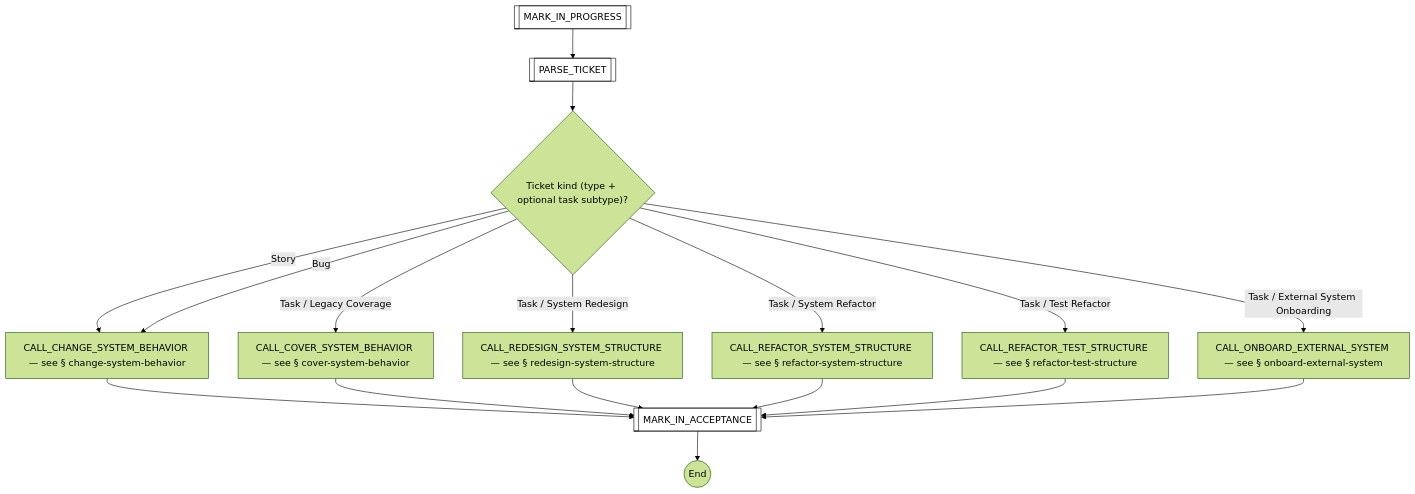
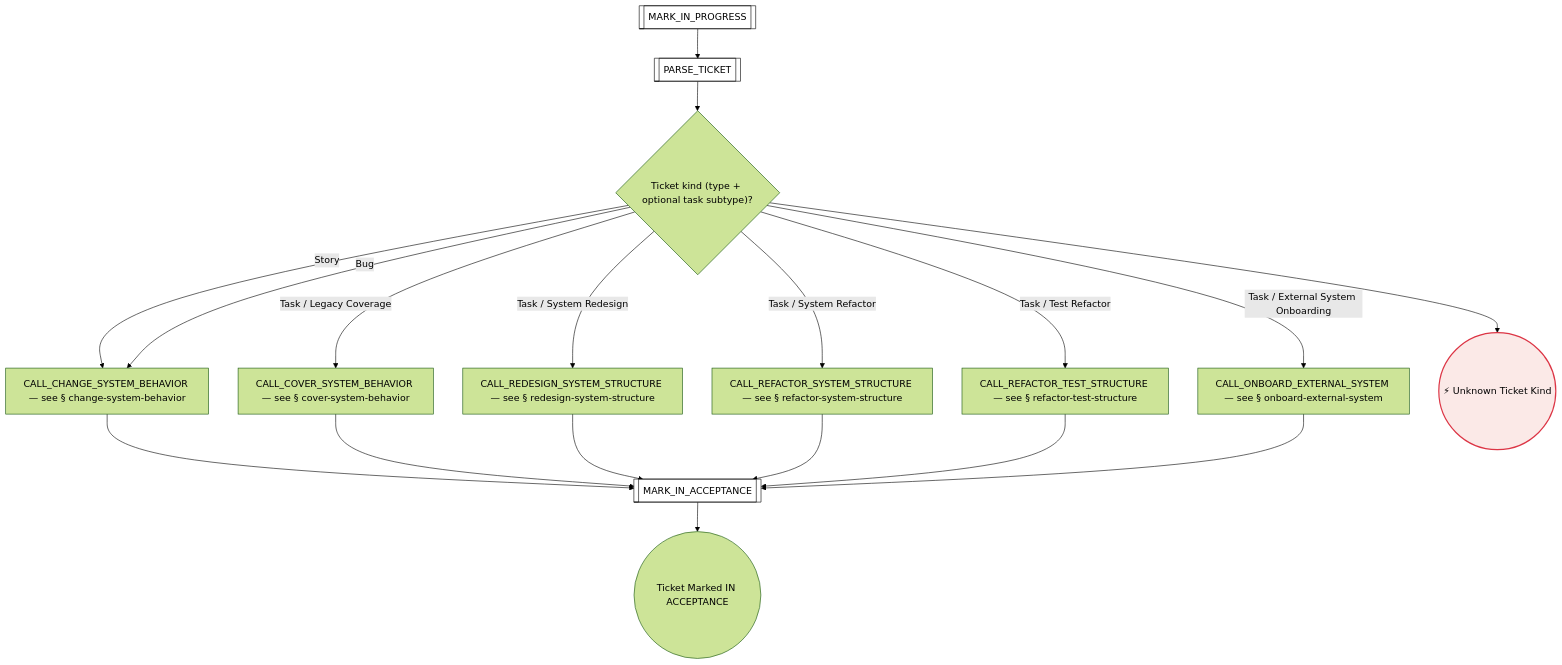
Before and after one commit to optivem/gh-optivem: the fourth of 50 diagrams in docs/process-diagram.md, drawn with Mermaid (forest theme). The commit also changed other lines of this file and 5 other files, not shown here.

````diff
--- a/docs/process-diagram.md
+++ b/docs/process-diagram.md
@@ -77,34 +95,39 @@
 ```mermaid
 flowchart TD
     CALL_CHANGE_SYSTEM_BEHAVIOR[CALL_CHANGE_SYSTEM_BEHAVIOR — see § change-system-behavior]
     CALL_COVER_SYSTEM_BEHAVIOR[CALL_COVER_SYSTEM_BEHAVIOR — see § cover-system-behavior]
     CALL_ONBOARD_EXTERNAL_SYSTEM[CALL_ONBOARD_EXTERNAL_SYSTEM — see § onboard-external-system]
     CALL_REDESIGN_SYSTEM_STRUCTURE[CALL_REDESIGN_SYSTEM_STRUCTURE — see § redesign-system-structure]
     CALL_REFACTOR_SYSTEM_STRUCTURE[CALL_REFACTOR_SYSTEM_STRUCTURE — see § refactor-system-structure]
     CALL_REFACTOR_TEST_STRUCTURE[CALL_REFACTOR_TEST_STRUCTURE — see § refactor-test-structure]
     GATE_TICKET_KIND{"Ticket kind (type + optional task subtype)?"}
-    IMPLEMENT_TICKET_END((End))
+    IMPLEMENT_TICKET_END((Ticket Marked IN ACCEPTANCE))
     MARK_IN_ACCEPTANCE[[MARK_IN_ACCEPTANCE]]
     MARK_IN_PROGRESS[[MARK_IN_PROGRESS]]
     PARSE_TICKET[[PARSE_TICKET]]
+    UNKNOWN_TICKET_KIND((⚡ Unknown Ticket Kind))
 
     MARK_IN_PROGRESS --> PARSE_TICKET
     PARSE_TICKET --> GATE_TICKET_KIND
     GATE_TICKET_KIND -- Story --> CALL_CHANGE_SYSTEM_BEHAVIOR
     GATE_TICKET_KIND -- Bug --> CALL_CHANGE_SYSTEM_BEHAVIOR
     GATE_TICKET_KIND -- Task / Legacy Coverage --> CALL_COVER_SYSTEM_BEHAVIOR
     GATE_TICKET_KIND -- Task / System Redesign --> CALL_REDESIGN_SYSTEM_STRUCTURE
     GATE_TICKET_KIND -- Task / System Refactor --> CALL_REFACTOR_SYSTEM_STRUCTURE
     GATE_TICKET_KIND -- Task / Test Refactor --> CALL_REFACTOR_TEST_STRUCTURE
     GATE_TICKET_KIND -- Task / External System Onboarding --> CALL_ONBOARD_EXTERNAL_SYSTEM
+    GATE_TICKET_KIND --> UNKNOWN_TICKET_KIND
     CALL_CHANGE_SYSTEM_BEHAVIOR --> MARK_IN_ACCEPTANCE
     CALL_COVER_SYSTEM_BEHAVIOR --> MARK_IN_ACCEPTANCE
     CALL_REDESIGN_SYSTEM_STRUCTURE --> MARK_IN_ACCEPTANCE
     CALL_REFACTOR_SYSTEM_STRUCTURE --> MARK_IN_ACCEPTANCE
     CALL_REFACTOR_TEST_STRUCTURE --> MARK_IN_ACCEPTANCE
     CALL_ONBOARD_EXTERNAL_SYSTEM --> MARK_IN_ACCEPTANCE
     MARK_IN_ACCEPTANCE --> IMPLEMENT_TICKET_END
 
     classDef serviceNode fill:#ffffff,stroke:#000000,stroke-width:1px,color:#000000
     class MARK_IN_ACCEPTANCE,MARK_IN_PROGRESS,PARSE_TICKET serviceNode
+
+    classDef errorEndNode fill:#fbe9e7,stroke:#dc3545,stroke-width:2px,color:#000000
+    class UNKNOWN_TICKET_KIND errorEndNode
 ```
````
